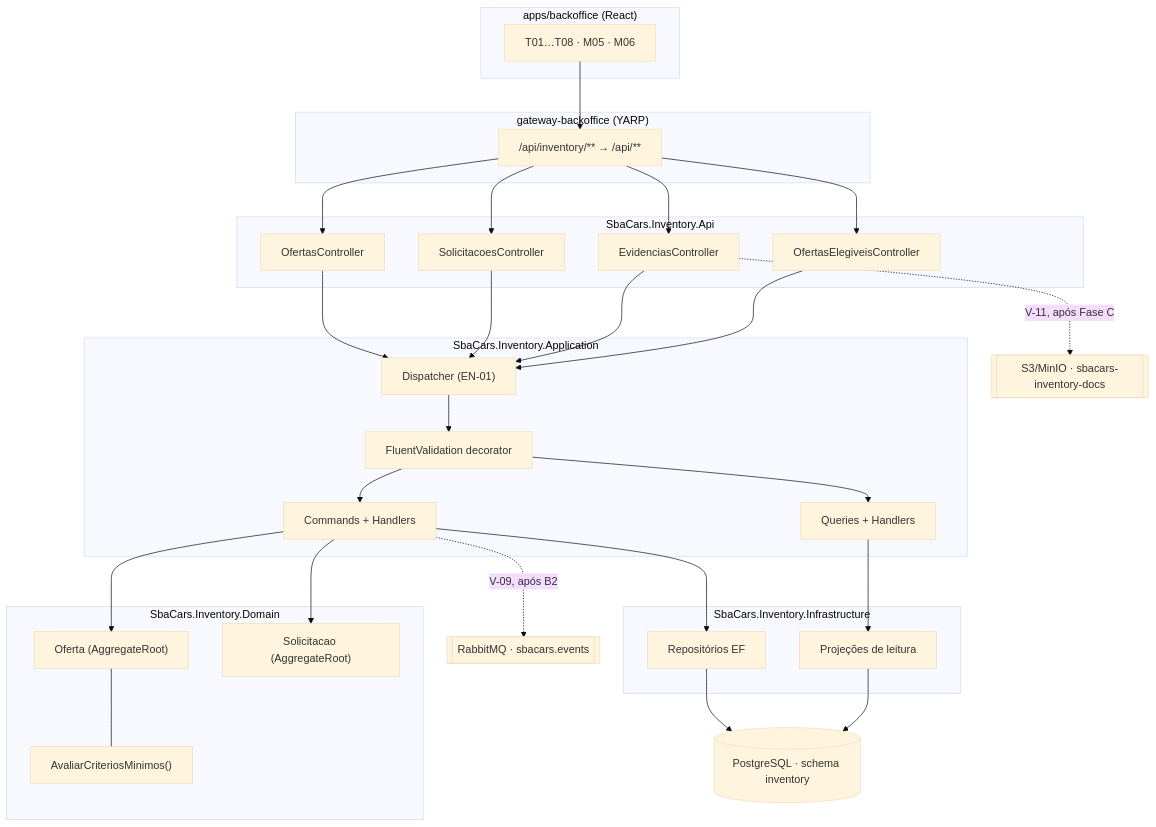
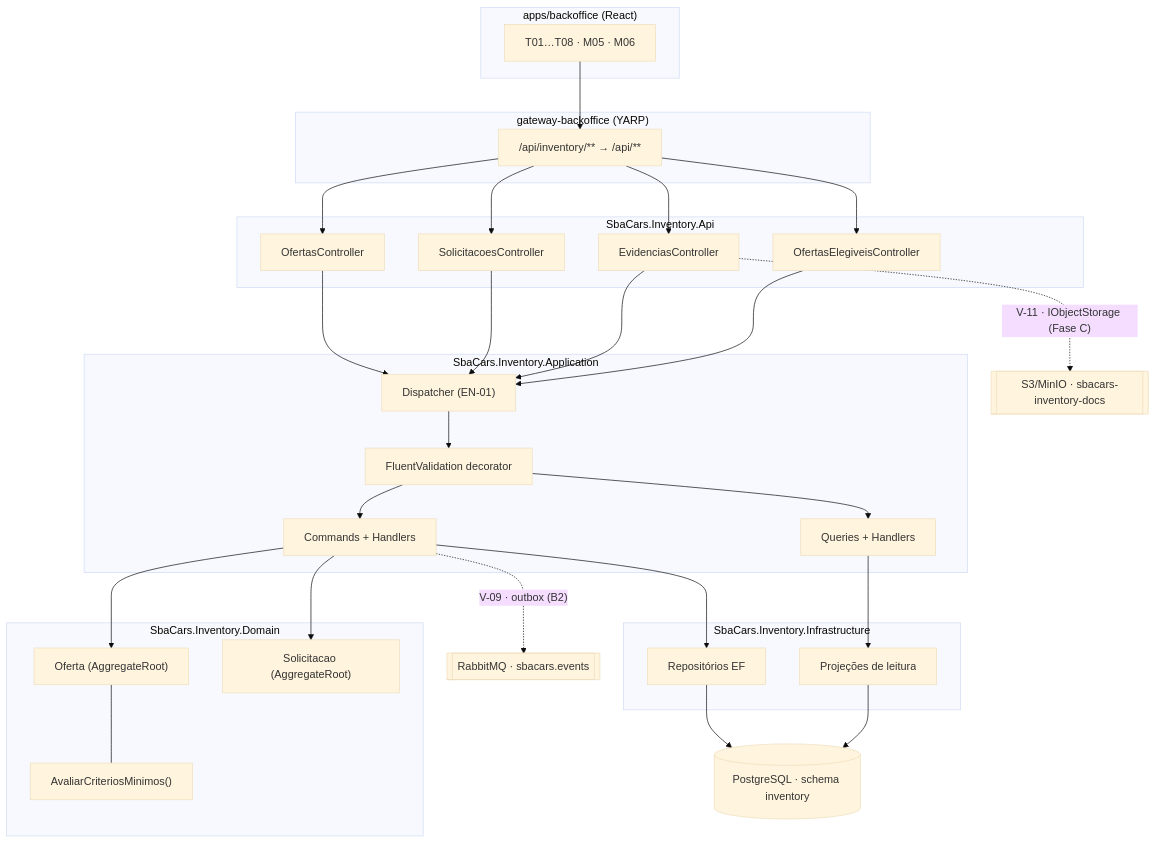
The diagram in tasks/prd-gestao-do-estoque-curado-e-disponibilidade/techspec.md (tassosgomes/sbacars-example), drawn with Mermaid (base theme) before and after one commit. The commit also changed other lines of this file and 3 other files, not shown here.

````diff
--- a/tasks/prd-gestao-do-estoque-curado-e-disponibilidade/techspec.md
+++ b/tasks/prd-gestao-do-estoque-curado-e-disponibilidade/techspec.md
@@ -80,44 +78,44 @@
 ```mermaid
 flowchart TB
     subgraph FE["apps/backoffice (React)"]
         UI["T01…T08 · M05 · M06"]
     end
     subgraph GW["gateway-backoffice (YARP)"]
         R["/api/inventory/** → /api/**"]
     end
     subgraph API["SbaCars.Inventory.Api"]
         C1["OfertasController"]
         C2["SolicitacoesController"]
         C3["EvidenciasController"]
         C4["OfertasElegiveisController"]
     end
     subgraph APP["SbaCars.Inventory.Application"]
         D["Dispatcher (EN-01)"]
         CMD["Commands + Handlers"]
         QRY["Queries + Handlers"]
         V["FluentValidation decorator"]
     end
     subgraph DOM["SbaCars.Inventory.Domain"]
         AG1["Oferta (AggregateRoot)"]
         AG2["Solicitacao (AggregateRoot)"]
         CRIT["AvaliarCriteriosMinimos()"]
     end
     subgraph INFRA["SbaCars.Inventory.Infrastructure"]
         REPO["Repositórios EF"]
         PROJ["Projeções de leitura"]
     end
     PG[("PostgreSQL · schema inventory")]
     MQ[["RabbitMQ · sbacars.events"]]
     S3[["S3/MinIO · sbacars-inventory-docs"]]
 
     UI --> R --> C1 & C2 & C3 & C4
     C1 & C2 & C3 & C4 --> D
     D --> V --> CMD & QRY
     CMD --> AG1 & AG2
     AG1 --- CRIT
     CMD --> REPO
     QRY --> PROJ
     REPO & PROJ --> PG
-    CMD -. "V-09, após B2" .-> MQ
-    C3 -. "V-11, após Fase C" .-> S3
+    CMD -. "V-09 · outbox (B2)" .-> MQ
+    C3 -. "V-11 · IObjectStorage (Fase C)" .-> S3
 ```
````
